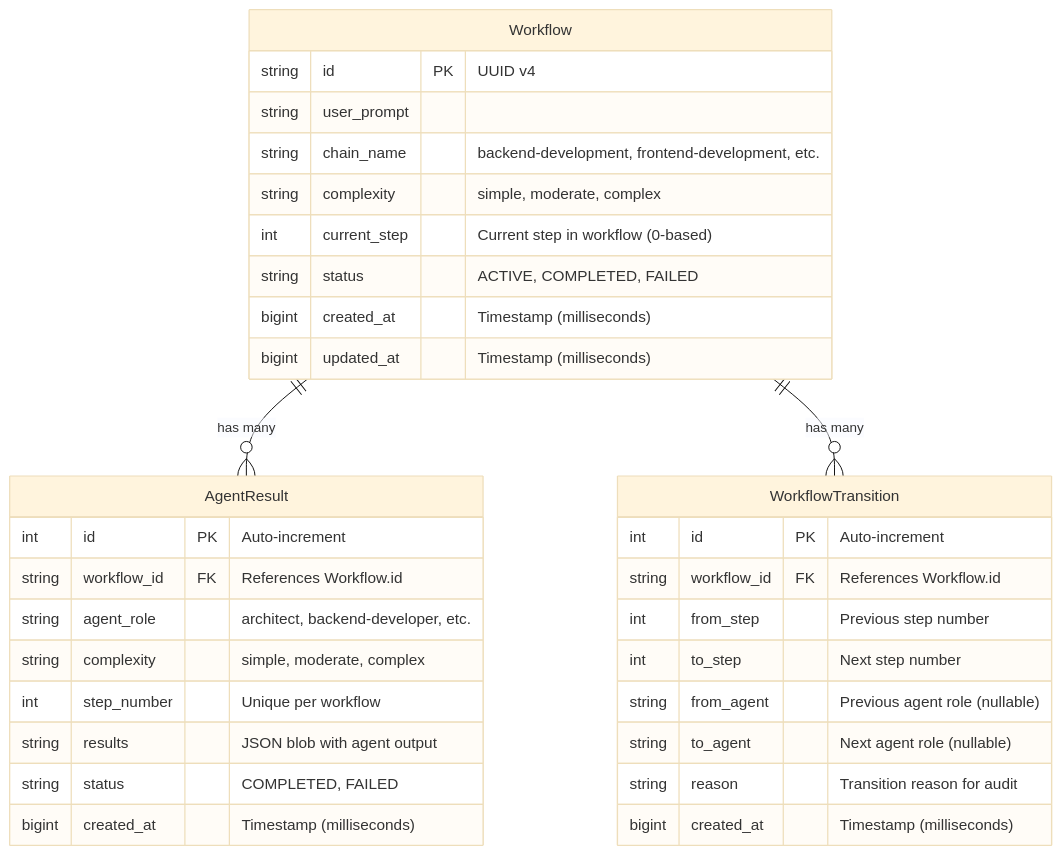
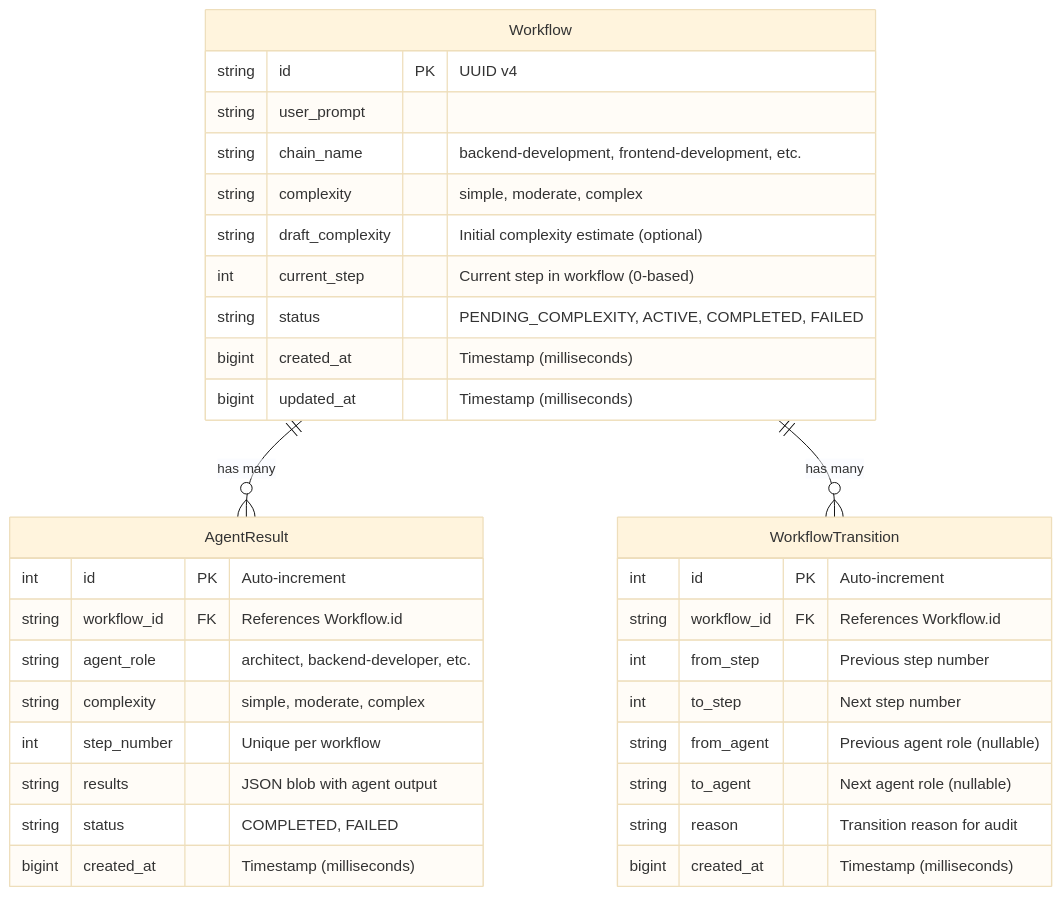
Before and after one commit to drevispas/ccorch: the diagram in docs/database.md, drawn with Mermaid (base theme). The commit also changed other lines of this file, not shown here.

First line of the commit message:
docs(db): update schema documentation for Phase 1.5 changes

````diff
--- a/docs/database.md
+++ b/docs/database.md
@@ -22,38 +24,39 @@
 ```mermaid
 erDiagram
     Workflow ||--o{ AgentResult : "has many"
     Workflow ||--o{ WorkflowTransition : "has many"
 
     Workflow {
         string id PK "UUID v4"
         string user_prompt
         string chain_name "backend-development, frontend-development, etc."
         string complexity "simple, moderate, complex"
+        string draft_complexity "Initial complexity estimate (optional)"
         int current_step "Current step in workflow (0-based)"
-        string status "ACTIVE, COMPLETED, FAILED"
+        string status "PENDING_COMPLEXITY, ACTIVE, COMPLETED, FAILED"
         bigint created_at "Timestamp (milliseconds)"
         bigint updated_at "Timestamp (milliseconds)"
     }
 
     AgentResult {
         int id PK "Auto-increment"
         string workflow_id FK "References Workflow.id"
         string agent_role "architect, backend-developer, etc."
         string complexity "simple, moderate, complex"
         int step_number "Unique per workflow"
         string results "JSON blob with agent output"
         string status "COMPLETED, FAILED"
         bigint created_at "Timestamp (milliseconds)"
     }
 
     WorkflowTransition {
         int id PK "Auto-increment"
         string workflow_id FK "References Workflow.id"
         int from_step "Previous step number"
         int to_step "Next step number"
         string from_agent "Previous agent role (nullable)"
         string to_agent "Next agent role (nullable)"
         string reason "Transition reason for audit"
         bigint created_at "Timestamp (milliseconds)"
     }
 ```
````
